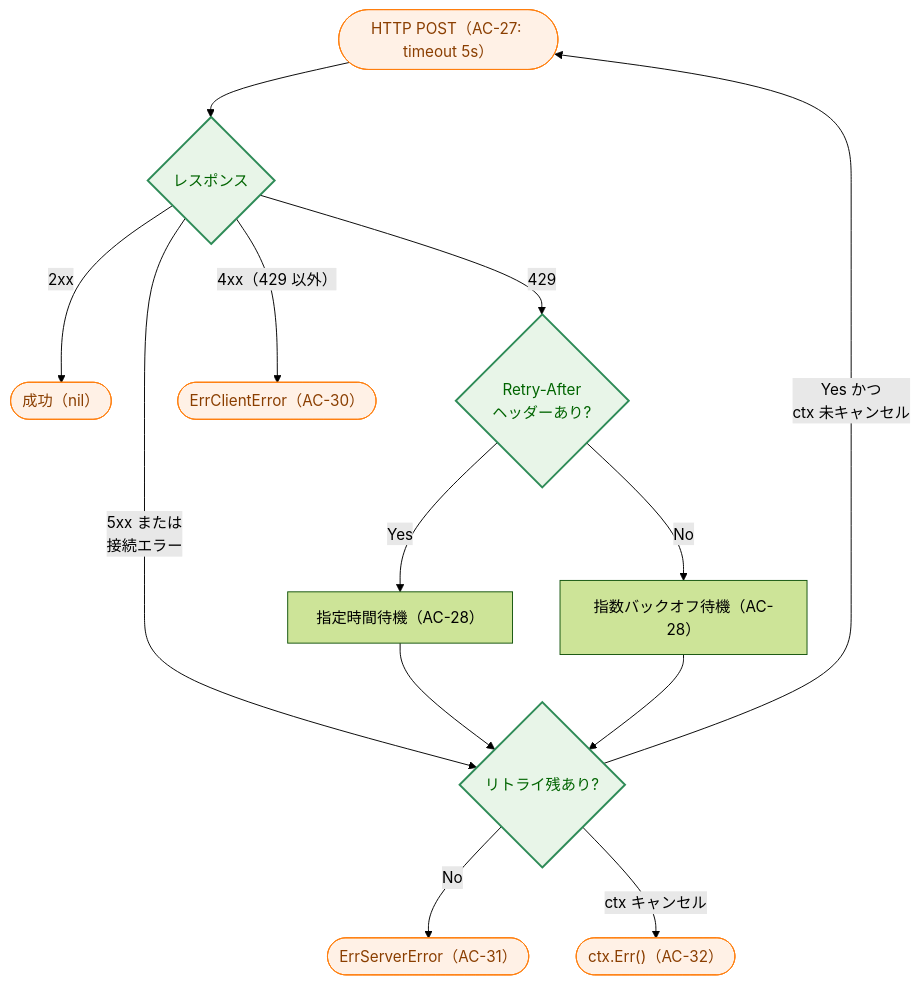
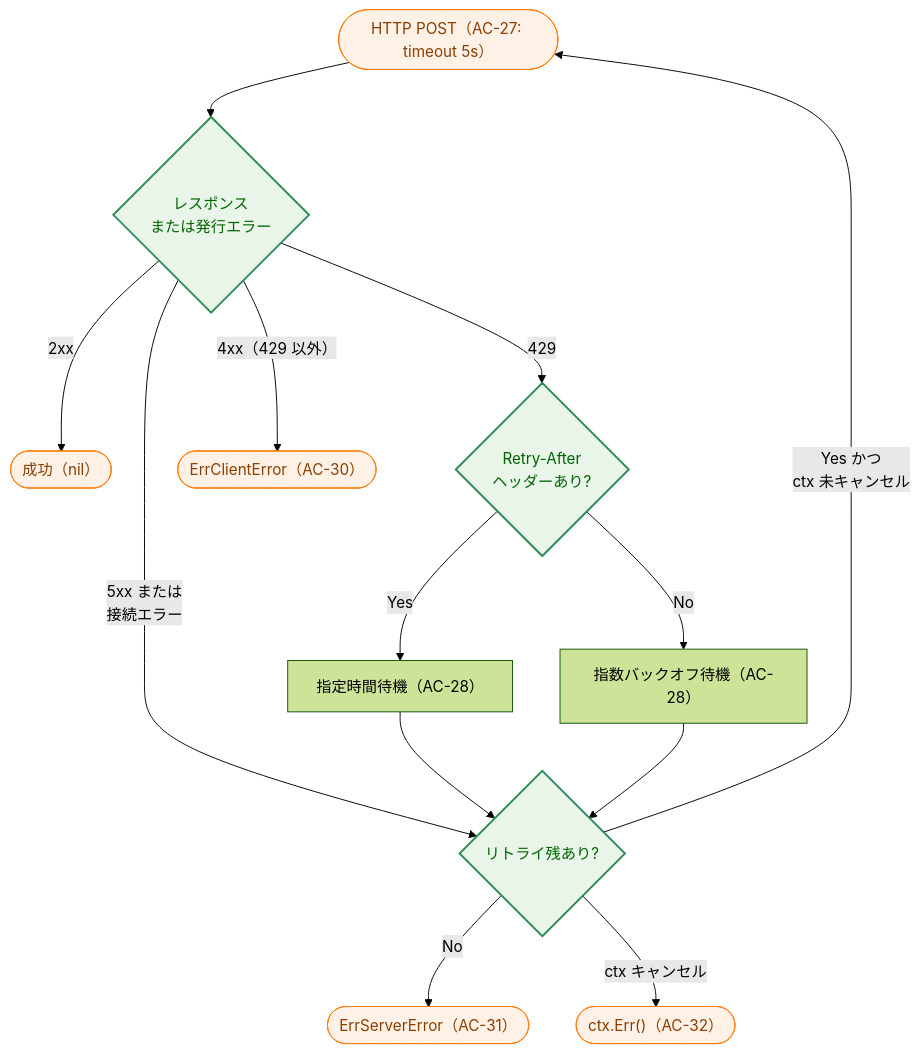
Diagram 11 of 11 in docs/tasks/0030_slack_notify/02_architecture.md (isseis/tlsrpt-digest), drawn with Mermaid (forest theme) before and after one commit. The commit also changed other lines of this file, not shown here.

First line of the commit message:
docs(0030): refine architecture design based on review

````diff
--- a/docs/tasks/0030_slack_notify/02_architecture.md
+++ b/docs/tasks/0030_slack_notify/02_architecture.md
@@ -389,21 +423,21 @@
 ```mermaid
 flowchart TD
     classDef process fill:#fff1e6,stroke:#ff7f0e,stroke-width:1px,color:#8a3e00;
     classDef enhanced fill:#e8f5e8,stroke:#2e8b57,stroke-width:2px,color:#006400;
 
-    Post(["HTTP POST（AC-27: timeout 5s）"]) --> Resp{"レスポンス"}
+    Post(["HTTP POST（AC-27: timeout 5s）"]) --> Resp{"レスポンス<br>または発行エラー"}
     Resp -->|"2xx"| OK(["成功（nil）"])
     Resp -->|"5xx または<br>接続エラー"| Retry{"リトライ残あり?"}
     Resp -->|"429"| RetryAfter{"Retry-After<br>ヘッダーあり?"}
     RetryAfter -->|"Yes"| WaitHeader["指定時間待機（AC-28）"]
     RetryAfter -->|"No"| WaitBackoff["指数バックオフ待機（AC-28）"]
     WaitHeader --> Retry
     WaitBackoff --> Retry
     Retry -->|"Yes かつ<br>ctx 未キャンセル"| Post
     Retry -->|"No"| ErrServer(["ErrServerError（AC-31）"])
     Retry -->|"ctx キャンセル"| ErrCtx(["ctx.Err()（AC-32）"])
     Resp -->|"4xx（429 以外）"| ErrClient(["ErrClientError（AC-30）"])
 
     class Post,OK,ErrServer,ErrCtx,ErrClient process
     class Resp,Retry,RetryAfter enhanced
 ```
````
